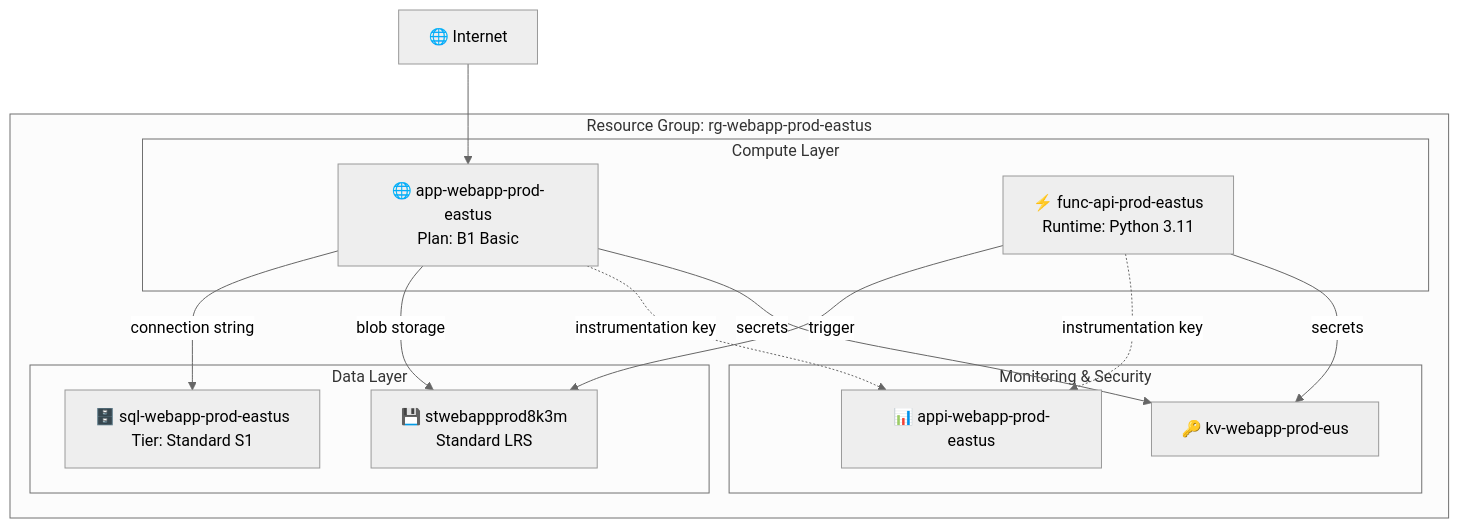
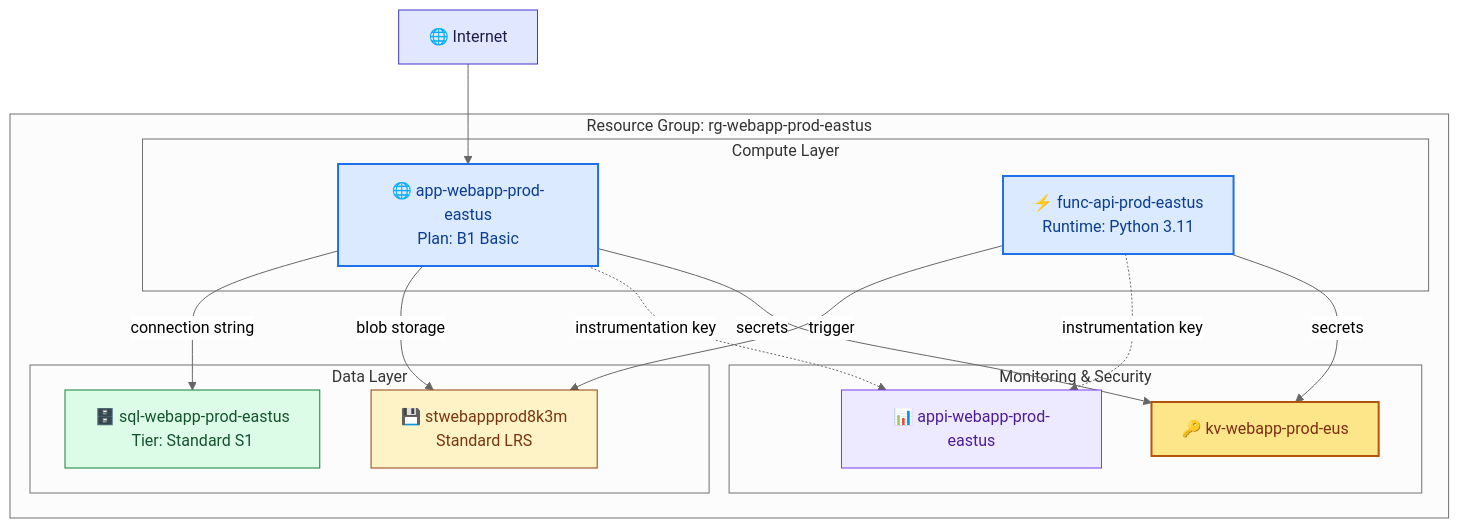
Before and after one commit to Azure/git-ape: the diagram in .github/skills/azure-resource-visualizer/SKILL.md, drawn with Mermaid (neutral theme). The commit also changed 48 other files, not shown here.

First line of the commit message:
docs(website): manifesto-aligned rewrite, deploy-anything, mermaid zoom + colors

````diff
--- a/.github/skills/azure-resource-visualizer/SKILL.md
+++ b/.github/skills/azure-resource-visualizer/SKILL.md
@@ -71,28 +71,41 @@
 ```mermaid
 graph TB
     subgraph "Resource Group: rg-webapp-prod-eastus"
         subgraph "Compute Layer"
             APP["🌐 app-webapp-prod-eastus<br/>Plan: B1 Basic"]
             FUNC["⚡ func-api-prod-eastus<br/>Runtime: Python 3.11"]
         end
         
         subgraph "Data Layer"
             SQL["🗄️ sql-webapp-prod-eastus<br/>Tier: Standard S1"]
             STORAGE["💾 stwebappprod8k3m<br/>Standard LRS"]
         end
         
         subgraph "Monitoring & Security"
             APPI["📊 appi-webapp-prod-eastus"]
             KV["🔑 kv-webapp-prod-eus"]
         end
     end
     
     Internet["🌐 Internet"] --> APP
     APP -->|"connection string"| SQL
     APP -->|"blob storage"| STORAGE
     APP -.->|"instrumentation key"| APPI
     FUNC -->|"trigger"| STORAGE
     FUNC -.->|"instrumentation key"| APPI
     APP -->|"secrets"| KV
     FUNC -->|"secrets"| KV
+
+    classDef internet fill:#e0e7ff,stroke:#4338ca,color:#1e1b4b
+    classDef compute fill:#dbeafe,stroke:#1f6feb,stroke-width:2px,color:#0b3d91
+    classDef data fill:#dcfce7,stroke:#15803d,color:#14532d
+    classDef storage fill:#fef3c7,stroke:#92400e,color:#78350f
+    classDef monitor fill:#ede9fe,stroke:#7c3aed,color:#4c1d95
+    classDef secret fill:#fde68a,stroke:#b45309,stroke-width:2px,color:#7c2d12
+    class Internet internet
+    class APP,FUNC compute
+    class SQL data
+    class STORAGE storage
+    class APPI monitor
+    class KV secret
 ```
````
